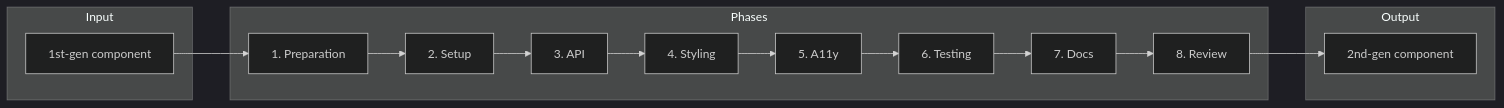
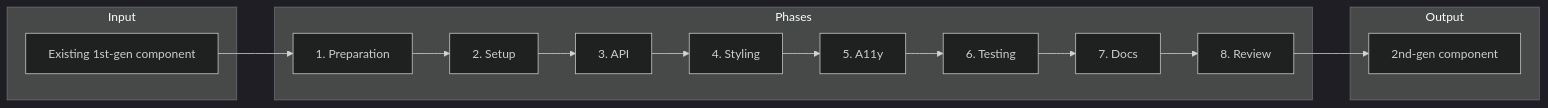
The diagram in CONTRIBUTOR-DOCS/03_project-planning/02_workstreams/02_2nd-gen-component-migration/02_step-by-step/01_washing-machine-workflow.md (adobe/spectrum-web-components), drawn with Mermaid (dark theme) before and after one commit. The commit also changed other lines of this file and 2 other files, not shown here.

````diff
--- a/CONTRIBUTOR-DOCS/03_project-planning/02_workstreams/02_2nd-gen-component-migration/02_step-by-step/01_washing-machine-workflow.md
+++ b/CONTRIBUTOR-DOCS/03_project-planning/02_workstreams/02_2nd-gen-component-migration/02_step-by-step/01_washing-machine-workflow.md
@@ -116,20 +121,20 @@
 ```mermaid
 flowchart LR
     subgraph Input
-        A[1st-gen component]
+        A[Existing 1st-gen component]
     end
     subgraph Phases
         B[1. Preparation]
         C[2. Setup]
         D[3. API]
         E[4. Styling]
         F[5. A11y]
         G[6. Testing]
         H[7. Docs]
         I[8. Review]
     end
     subgraph Output
         J[2nd-gen component]
     end
     A --> B --> C --> D --> E --> F --> G --> H --> I --> J
 ```
````
